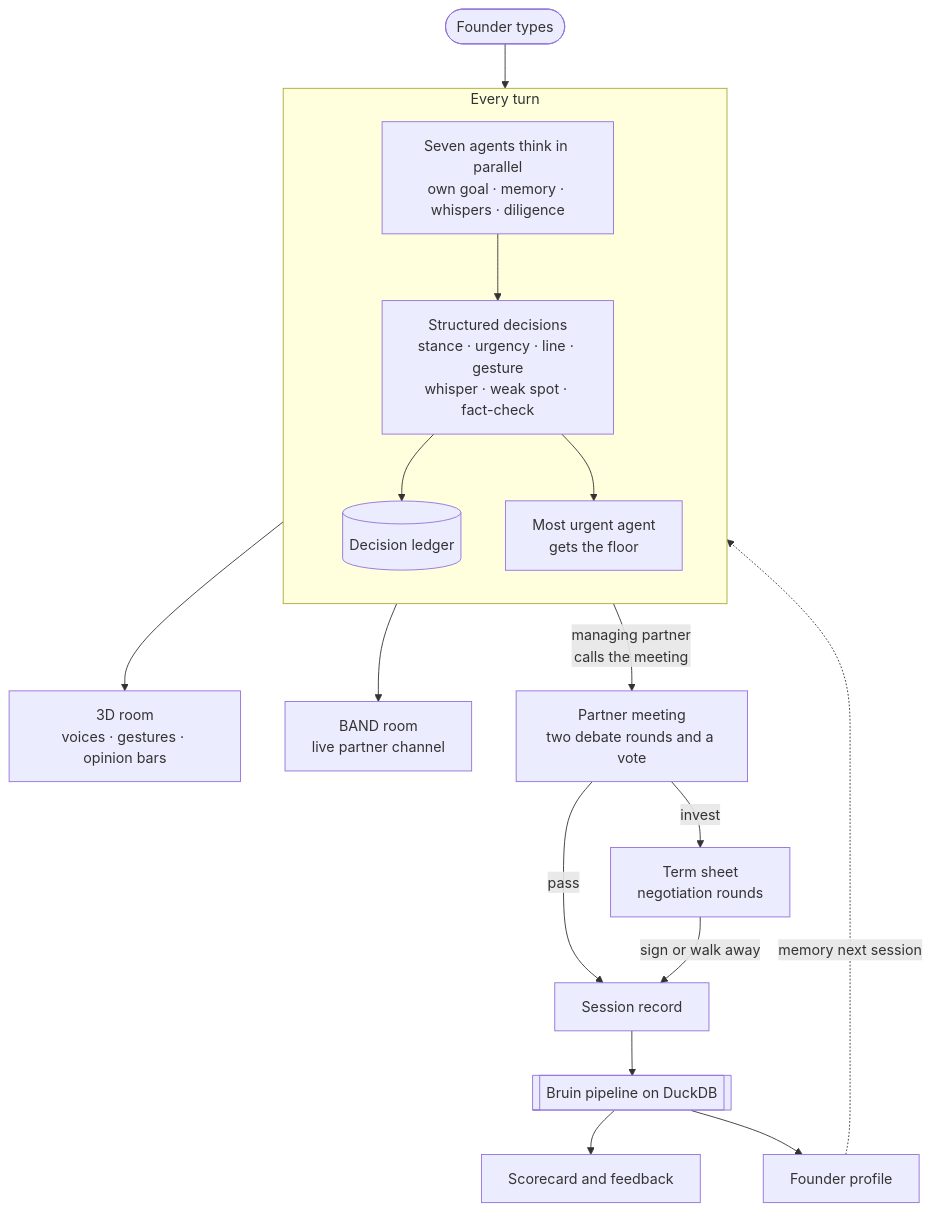
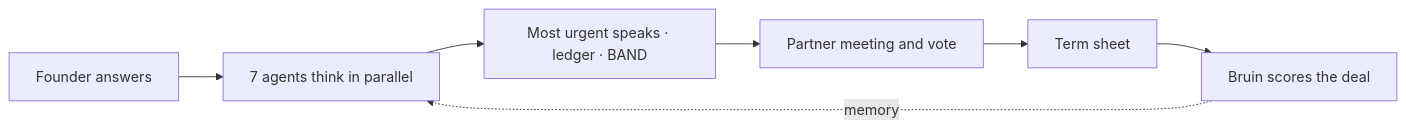
The diagram in README.md (ChinmayPatel07/behind-the-glass), drawn with Mermaid before and after one commit. The commit also changed other lines of this file and 1 other file, not shown here.

First line of the commit message:
Trim the README: one compact diagram, collapsible details

````diff
--- a/README.md
+++ b/README.md
@@ -71,20 +69,9 @@
 ```mermaid
-flowchart TD
-  F([Founder types]) --> T
-  subgraph T[Every turn]
-    direction TB
-    A1[Seven agents think in parallel<br/>own goal · memory · whispers · diligence] --> D[Structured decisions<br/>stance · urgency · line · gesture<br/>whisper · weak spot · fact-check]
-    D --> L[(Decision ledger)]
-    D --> S[Most urgent agent<br/>gets the floor]
-  end
-  S --> V[3D room<br/>voices · gestures · opinion bars]
-  L --> B[BAND room<br/>live partner channel]
-  T -->|managing partner<br/>calls the meeting| H[Partner meeting<br/>two debate rounds and a vote]
-  H -->|invest| TS[Term sheet<br/>negotiation rounds]
-  H -->|pass| DB
-  TS -->|sign or walk away| DB[Session record]
-  DB --> P[[Bruin pipeline on DuckDB]]
-  P --> SC[Scorecard and feedback]
-  P --> M[Founder profile]
-  M -.->|memory next session| A1
+flowchart LR
+  A[Founder answers] --> B[7 agents think in parallel]
+  B --> C[Most urgent speaks · ledger · BAND]
+  C --> D[Partner meeting and vote]
+  D --> E[Term sheet]
+  E --> F[Bruin scores the deal]
+  F -. memory .-> B
 ```
````
